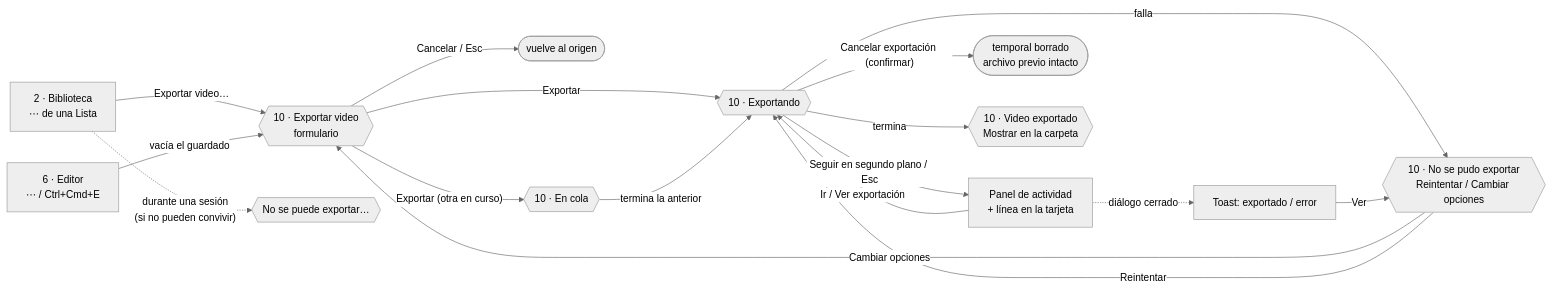
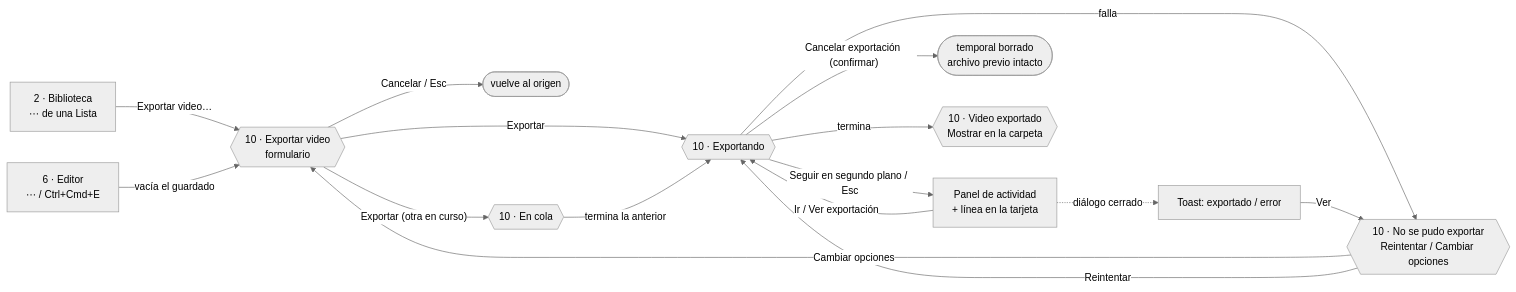
The fourth of 6 diagrams in ux/00-mapa-de-vistas.md (Gomonsoft/shinobidocs), drawn with Mermaid (neutral theme) before and after one commit. The commit also changed other lines of this file and 6 other files, not shown here.

````diff
--- a/ux/00-mapa-de-vistas.md
+++ b/ux/00-mapa-de-vistas.md
@@ -105,19 +105,18 @@
 ```mermaid
 flowchart LR
     BIB[2 · Biblioteca<br/>⋯ de una Lista] -- "Exportar video…" --> FORM{{10 · Exportar video<br/>formulario}}
     EDI[6 · Editor<br/>⋯ / Ctrl+Cmd+E] -- "vacía el guardado" --> FORM
-    BIB -. "durante una sesión<br/>(si no pueden convivir)" .-> BLQX{{No se puede exportar…}}
     FORM -- "Cancelar / Esc" --> ORIGEN([vuelve al origen])
     FORM -- "Exportar" --> PROG{{10 · Exportando}}
     FORM -- "Exportar (otra en curso)" --> COLA{{10 · En cola}}
     COLA -- "termina la anterior" --> PROG
     PROG -- "Seguir en segundo plano / Esc" --> ACT[Panel de actividad<br/>+ línea en la tarjeta]
     ACT -- "Ir / Ver exportación" --> PROG
     PROG -- "Cancelar exportación (confirmar)" --> CANC([temporal borrado<br/>archivo previo intacto])
     PROG -- "termina" --> OK{{10 · Video exportado<br/>Mostrar en la carpeta}}
     PROG -- "falla" --> ERR{{10 · No se pudo exportar<br/>Reintentar / Cambiar opciones}}
     ERR -- "Cambiar opciones" --> FORM
     ERR -- "Reintentar" --> PROG
     ACT -. "diálogo cerrado" .-> TOAST[Toast: exportado / error]
     TOAST -- "Ver" --> ERR
 ```
````
